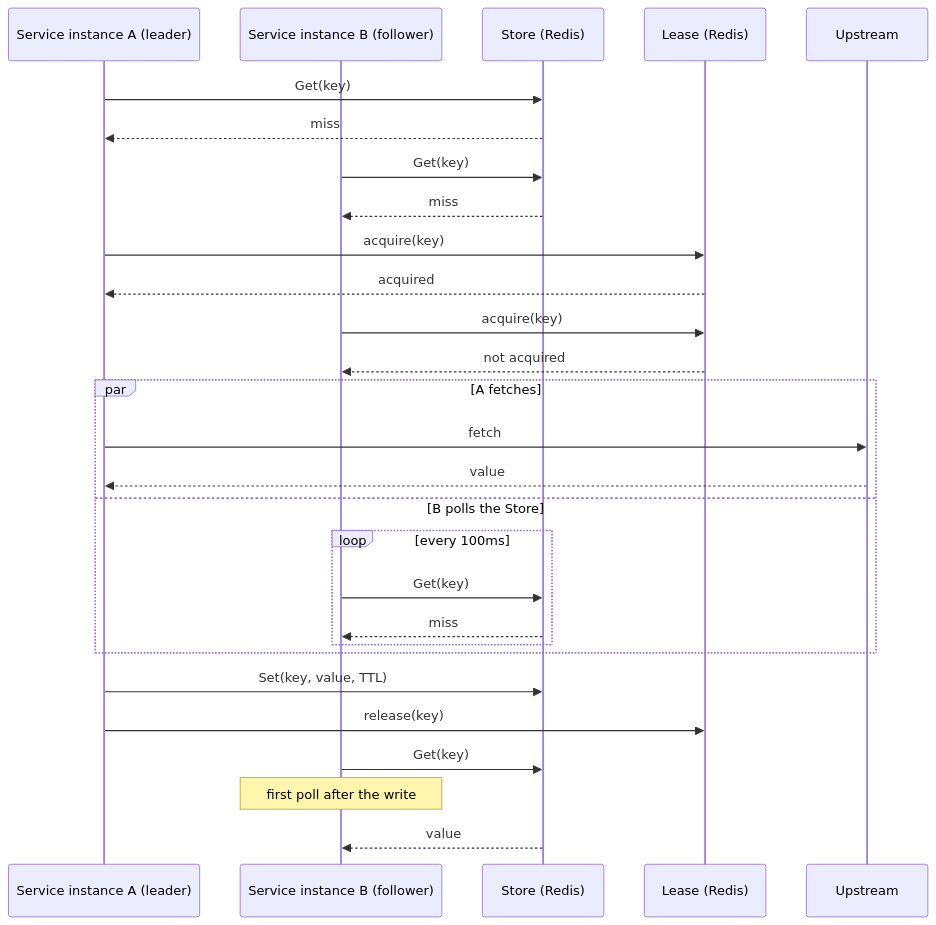
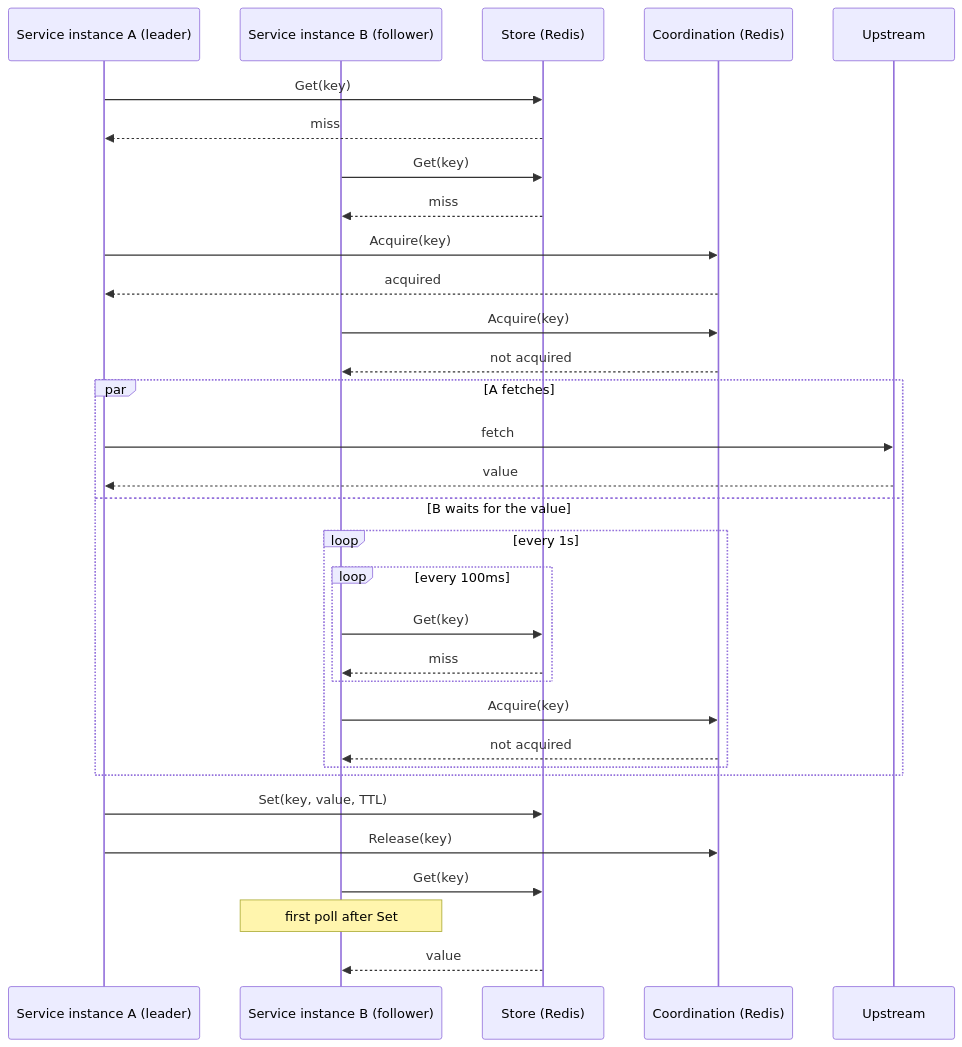
Before and after one commit to giufi/herdgate: the second of 2 diagrams in README.md, drawn with Mermaid. The commit also changed other lines of this file and 2 other files, not shown here.

Commit message:
docs: refine doc comments and README

````diff
--- a/README.md
+++ b/README.md
@@ -113,31 +113,35 @@
 ```mermaid
 sequenceDiagram
     participant A as Service instance A (leader)
     participant B as Service instance B (follower)
     participant S as Store (Redis)
-    participant L as Lease (Redis)
+    participant C as Coordination (Redis)
     participant U as Upstream
 
     A->>S: Get(key)
     S-->>A: miss
     B->>S: Get(key)
     S-->>B: miss
-    A->>L: acquire(key)
-    L-->>A: acquired
-    B->>L: acquire(key)
-    L-->>B: not acquired
+    A->>C: Acquire(key)
+    C-->>A: acquired
+    B->>C: Acquire(key)
+    C-->>B: not acquired
     par A fetches
         A->>U: fetch
         U-->>A: value
-    and B polls the Store
-        loop every 100ms
-            B->>S: Get(key)
-            S-->>B: miss
+    and B waits for the value
+        loop every 1s
+            loop every 100ms
+                B->>S: Get(key)
+                S-->>B: miss
+            end
+            B->>C: Acquire(key)
+            C-->>B: not acquired
         end
     end
     A->>S: Set(key, value, TTL)
-    A->>L: release(key)
+    A->>C: Release(key)
     B->>S: Get(key)
-    Note over B: first poll after the write
+    Note over B: first poll after Set
     S-->>B: value
 ```
````
